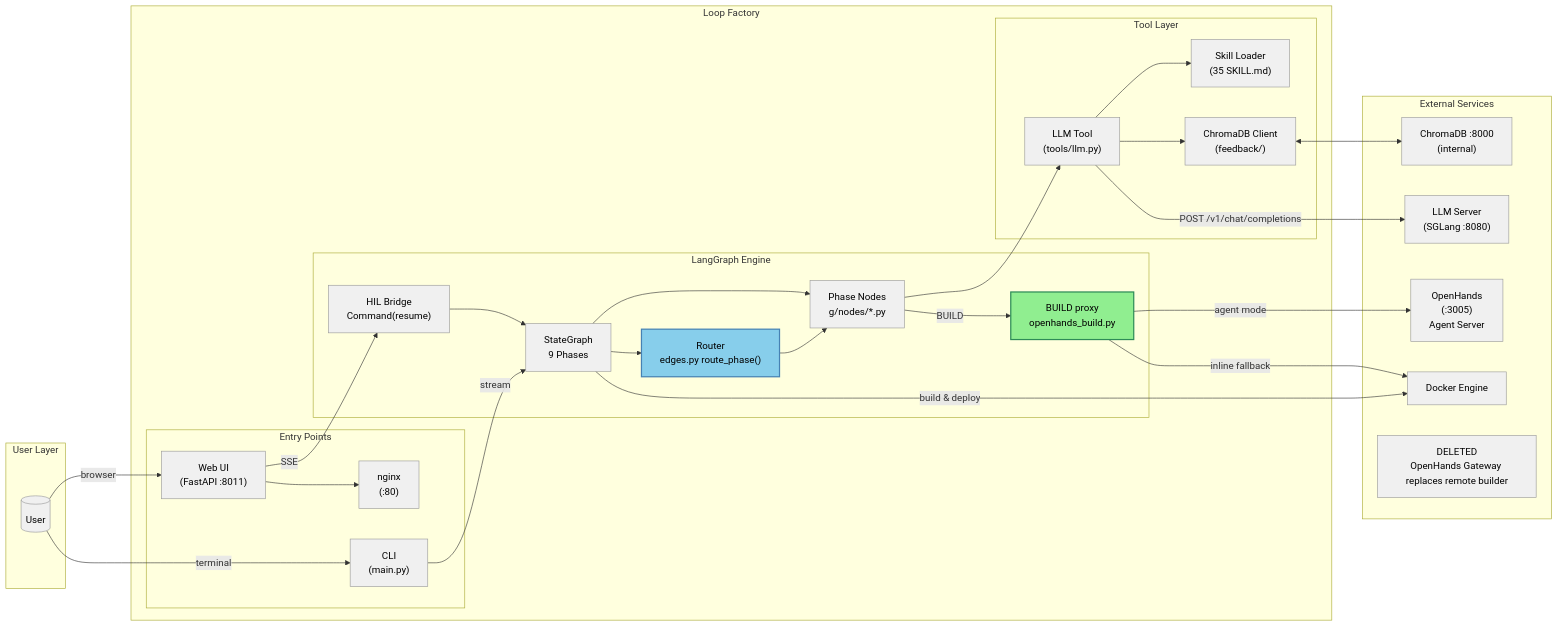
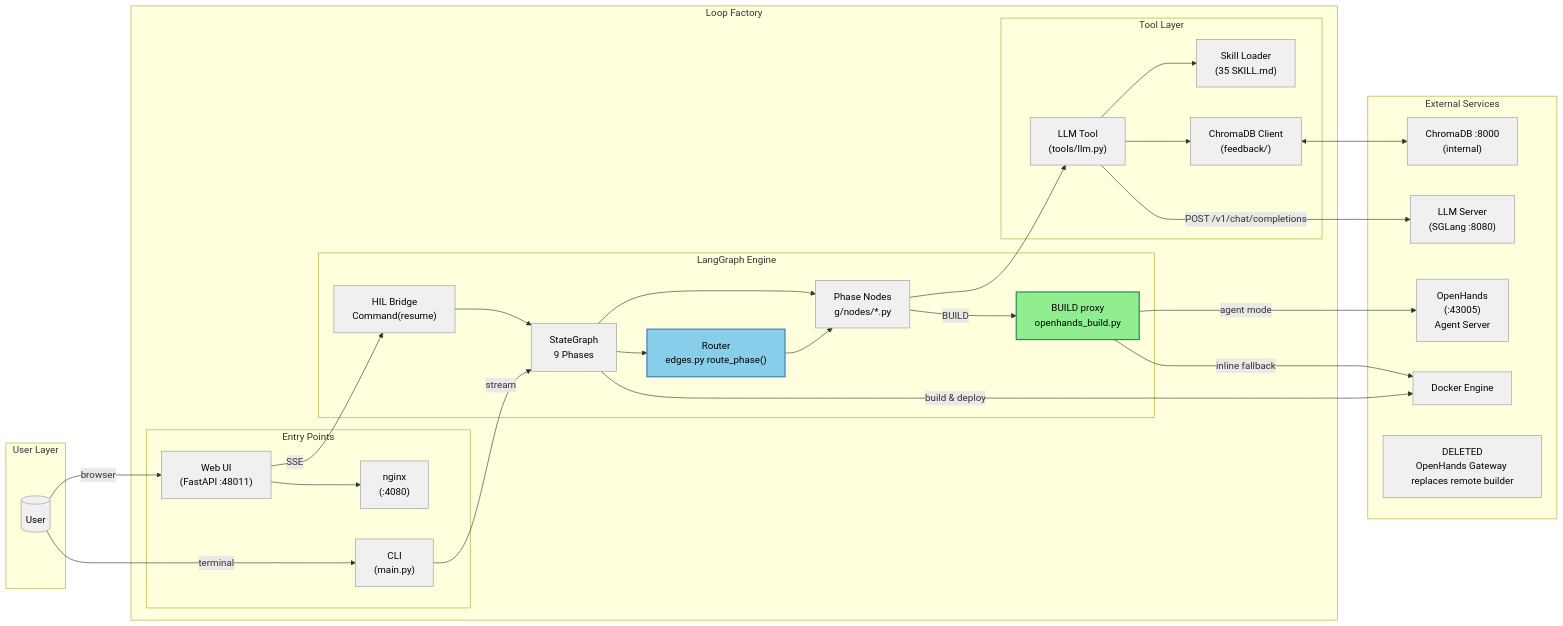
One commit to terrygzhou/loop_engineering_factory changed the third of 4 diagrams in README.md. Above: the diagram before and after it, drawn with Mermaid. The commit also changed other lines of this file and 17 other files, not shown here.

````diff
--- a/README.md
+++ b/README.md
@@ -100,65 +100,65 @@
 ```mermaid
 graph LR
     subgraph User["User Layer"]
         U[("User")]
     end
 
     subgraph LoopFactory["Loop Factory"]
         subgraph Entry["Entry Points"]
             CLI["CLI<br/>(main.py)"]
-            WebUI["Web UI<br/>(FastAPI :8011)"]
-            Nginx["nginx<br/>(:80)"]
+            WebUI["Web UI<br/>(FastAPI :48011)"]
+            Nginx["nginx<br/>(:4080)"]
         end
 
         subgraph Engine["LangGraph Engine"]
             Graph["StateGraph<br/>9 Phases"]
             Nodes["Phase Nodes<br/>g/nodes/*.py"]
             Bridge["HIL Bridge<br/>Command(resume)"]
             BuildProxy["BUILD proxy<br/>openhands_build.py"]
             Router["Router<br/>edges.py route_phase()"]
         end
 
         subgraph Tools["Tool Layer"]
             LLM["LLM Tool<br/>(tools/llm.py)"]
             Skills["Skill Loader<br/>(35 SKILL.md)"]
             ChromaC["ChromaDB Client<br/>(feedback/)"]
         end
     end
 
     subgraph External["External Services"]
         LLM_Srv["LLM Server<br/>(SGLang :8080)"]
         Docker["Docker Engine"]
         Chroma["ChromaDB :8000<br/>(internal)"]
-        OpenHands["OpenHands<br/>(:3005)<br/>Agent Server"]
+        OpenHands["OpenHands<br/>(:43005)<br/>Agent Server"]
         Builder["DELETED<br/>OpenHands Gateway replaces remote builder"]
     end
 
     U -->|browser| WebUI
     U -->|terminal| CLI
     CLI -->|stream| Graph
     WebUI -->|SSE| Bridge
     Bridge --> Graph
     Graph --> Nodes
     Graph --> Router
     Router --> Nodes
     Nodes --> LLM
     LLM --> Skills
     LLM --> ChromaC
     LLM -->|"POST /v1/chat/completions"| LLM_Srv
     Graph -->|"build & deploy"| Docker
     ChromaC <--> Chroma
     WebUI --> Nginx
 
     %% BUILD: OpenHands agent delegation with inline fallback
     Nodes -->|"BUILD"| BuildProxy
     BuildProxy -->|"agent mode"| OpenHands
     BuildProxy -->|"inline fallback"| Docker
 
     classDef default fill:#F0F0F0,stroke:#999,stroke-width:1px,color:#000
     classDef hil fill:#FFD700,stroke:#B8860B,stroke-width:2px,color:#000
     classDef agent fill:#90EE90,stroke:#2E8B57,stroke-width:2px,color:#000
     classDef router fill:#87CEEB,stroke:#4682B4,stroke-width:2px,color:#000
     class BuildProxy agent
     class OpenHands,Builder external
     class Router router
 ```
````
